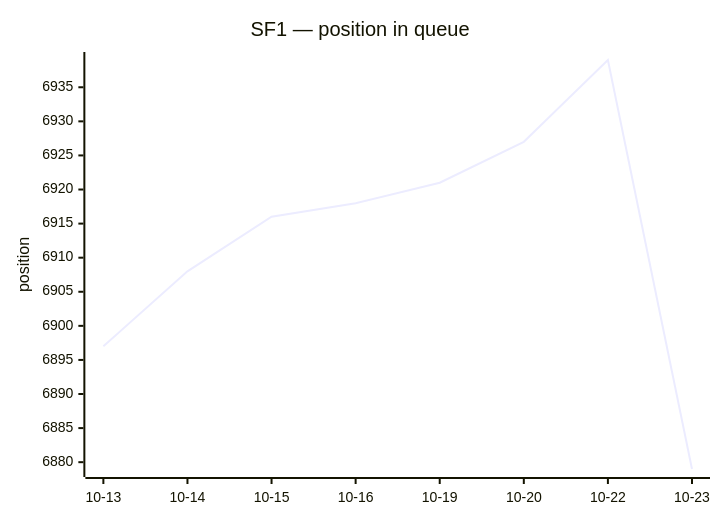
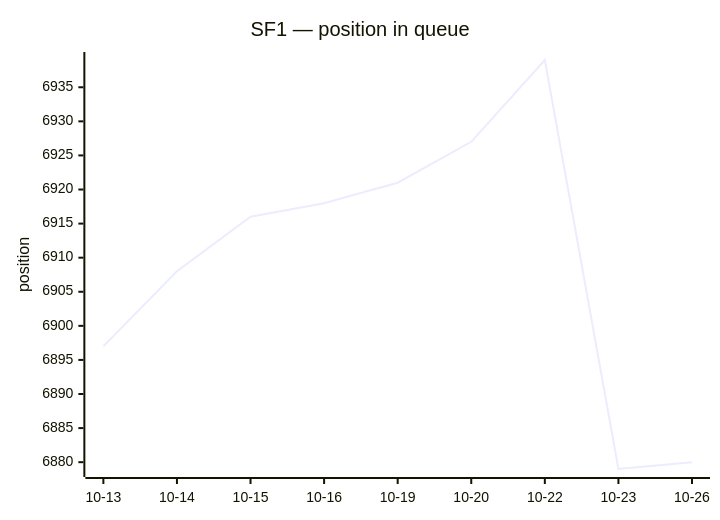
Before and after one commit to thyarles/thyarles: the first of 2 diagrams in queue/README.md, drawn with Mermaid. The commit also changed other lines of this file and 1 other file, not shown here.

````diff
--- a/queue/README.md
+++ b/queue/README.md
@@ -20,7 +20,7 @@
 ```mermaid
 xychart-beta
   title "SF1 — position in queue"
-  x-axis ["10-13", "10-14", "10-15", "10-16", "10-19", "10-20", "10-22", "10-23"]
+  x-axis ["10-13", "10-14", "10-15", "10-16", "10-19", "10-20", "10-22", "10-23", "10-26"]
   y-axis "position"
-  line [6897, 6908, 6916, 6918, 6921, 6927, 6939, 6879]
+  line [6897, 6908, 6916, 6918, 6921, 6927, 6939, 6879, 6880]
 ```
````
